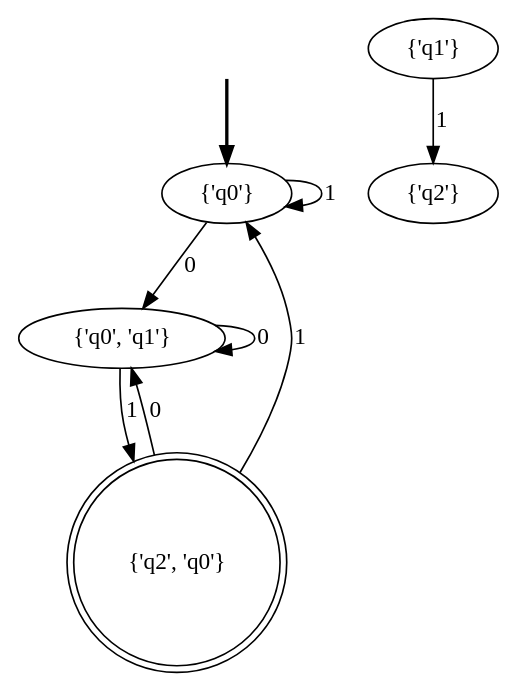
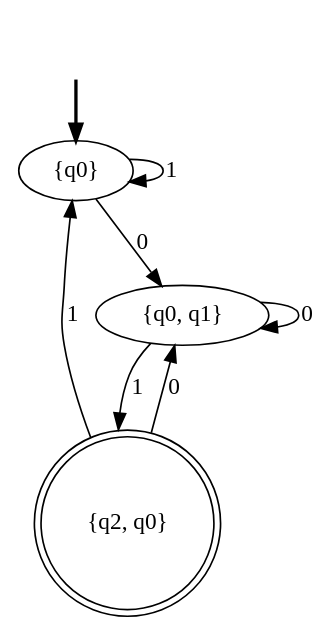
Before and after one commit to dunyaoguz/automata_wizard: the diagram in graph2.png.dot, drawn with Graphviz. The commit also changed 3 other files, not shown here.

```diff
--- a/graph2.png.dot
+++ b/graph2.png.dot
@@ -1,15 +1,13 @@
 digraph {
 	fake [style=invisible]
-	"{'q0', 'q1'}"
-	"{'q0'}" [root=true]
-	"{'q1'}"
-	"{'q2', 'q0'}" [shape=doublecircle]
-	fake -> "{'q0'}" [style=bold]
-	"{'q0'}" -> "{'q0', 'q1'}" [label=0]
-	"{'q0'}" -> "{'q0'}" [label=1]
-	"{'q1'}" -> "{'q2'}" [label=1]
-	"{'q0', 'q1'}" -> "{'q0', 'q1'}" [label=0]
-	"{'q0', 'q1'}" -> "{'q2', 'q0'}" [label=1]
-	"{'q2', 'q0'}" -> "{'q0', 'q1'}" [label=0]
-	"{'q2', 'q0'}" -> "{'q0'}" [label=1]
+	"{q2, q0}" [shape=doublecircle]
+	"{q0, q1}"
+	"{q0}" [root=true]
+	fake -> "{q0}" [style=bold]
+	"{q0}" -> "{q0, q1}" [label=0]
+	"{q0}" -> "{q0}" [label=1]
+	"{q0, q1}" -> "{q0, q1}" [label=0]
+	"{q0, q1}" -> "{q2, q0}" [label=1]
+	"{q2, q0}" -> "{q0, q1}" [label=0]
+	"{q2, q0}" -> "{q0}" [label=1]
 }
```
